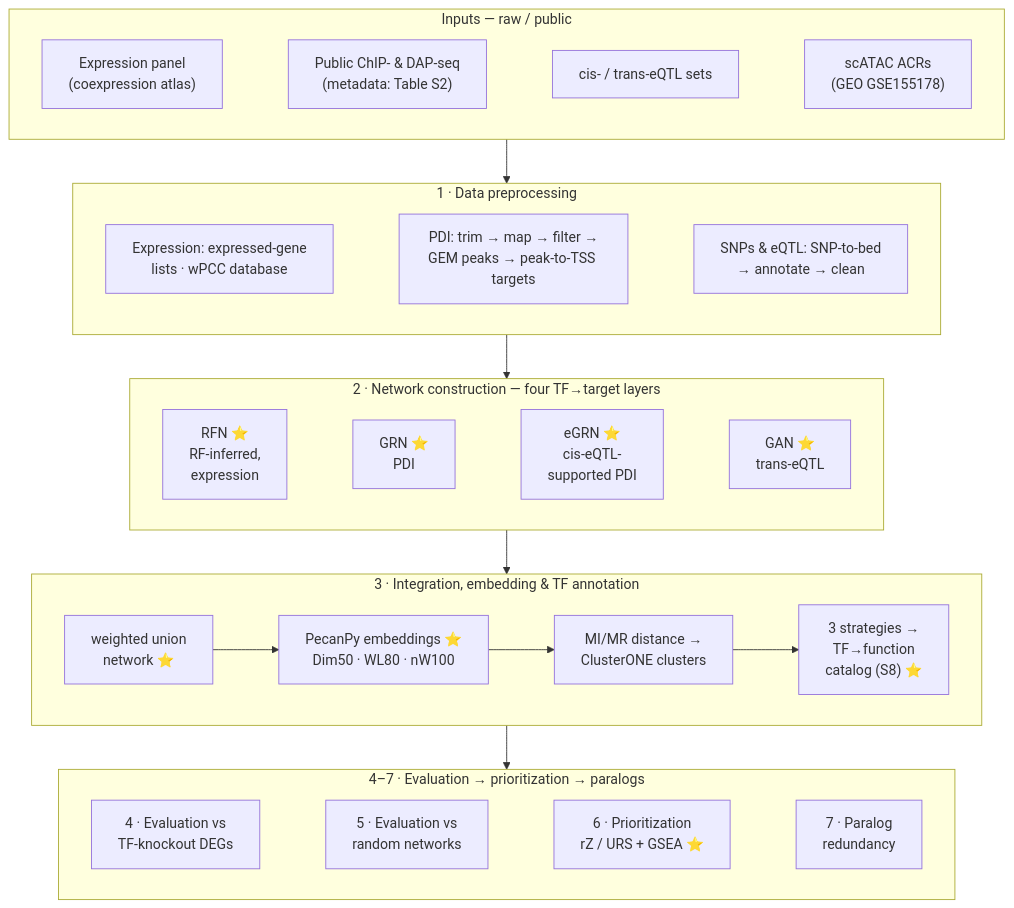
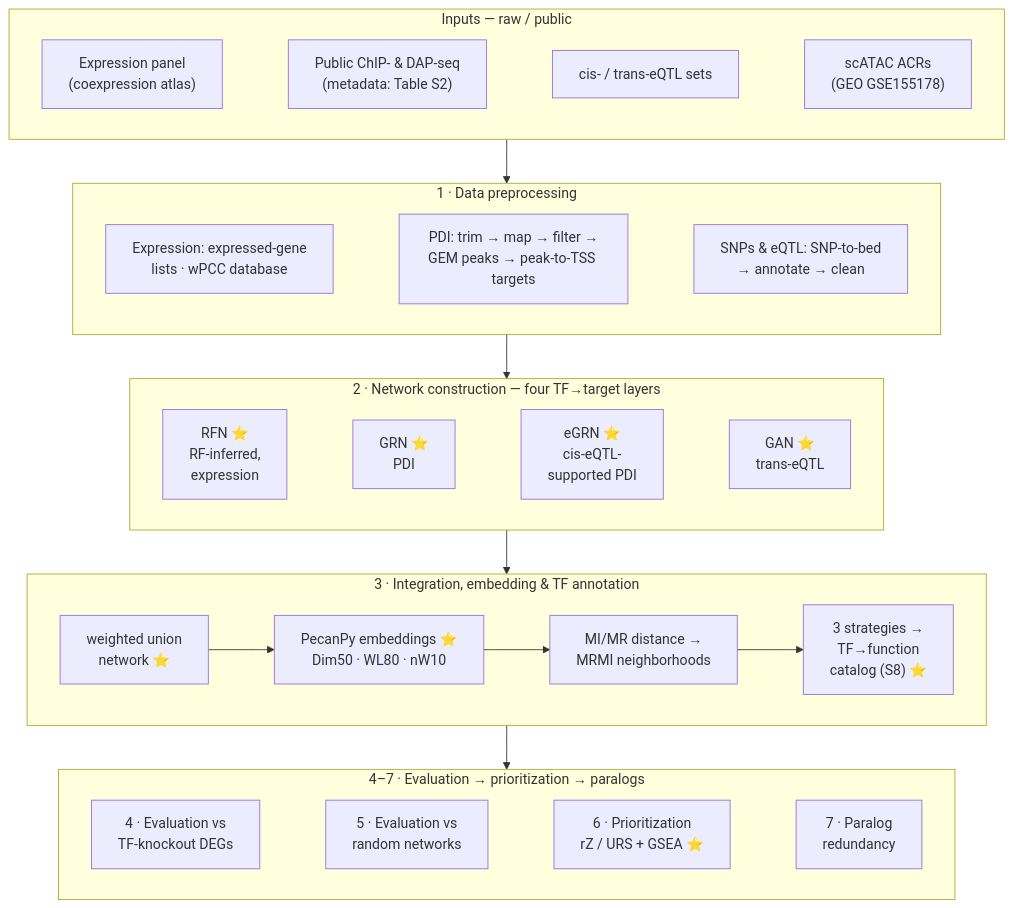
Before and after one commit to gomezcan/Multi-Omic_Network_Integration_Maize: the diagram in README.md, drawn with Mermaid. The commit also changed other lines of this file and 16 other files, not shown here.

First line of the commit message:
Add revision analyses (section 8); record the live data DOI; correct nW10 and ClusterONE

````diff
--- a/README.md
+++ b/README.md
@@ -17,29 +17,29 @@
 ```mermaid
 flowchart TD
     subgraph IN["Inputs — raw / public"]
         direction LR
         iEXP["Expression panel<br/>(coexpression atlas)"] ~~~ iPDI["Public ChIP- & DAP-seq<br/>(metadata: Table S2)"] ~~~ iQTL["cis- / trans-eQTL sets"] ~~~ iACR["scATAC ACRs<br/>(GEO GSE155178)"]
     end
 
     subgraph S1["1 · Data preprocessing"]
         direction LR
         p3["Expression: expressed-gene<br/>lists · wPCC database"] ~~~ p1["PDI: trim → map → filter →<br/>GEM peaks → peak-to-TSS targets"] ~~~ p2["SNPs & eQTL: SNP-to-bed<br/>→ annotate → clean"]
     end
 
     subgraph S2["2 · Network construction — four TF→target layers"]
         direction LR
         n1["RFN ⭐<br/>RF-inferred,<br/>expression"] ~~~ n2["GRN ⭐<br/>PDI"] ~~~ n3["eGRN ⭐<br/>cis-eQTL-<br/>supported PDI"] ~~~ n4["GAN ⭐<br/>trans-eQTL"]
     end
 
     subgraph S3["3 · Integration, embedding & TF annotation"]
         direction LR
-        i1["weighted union<br/>network ⭐"] --> i2["PecanPy embeddings ⭐<br/>Dim50 · WL80 · nW100"] --> i3["MI/MR distance →<br/>ClusterONE clusters"] --> i4["3 strategies →<br/>TF→function<br/>catalog (S8) ⭐"]
+        i1["weighted union<br/>network ⭐"] --> i2["PecanPy embeddings ⭐<br/>Dim50 · WL80 · nW10"] --> i3["MI/MR distance →<br/>MRMI neighborhoods"] --> i4["3 strategies →<br/>TF→function<br/>catalog (S8) ⭐"]
     end
 
     subgraph S4567["4–7 · Evaluation → prioritization → paralogs"]
         direction LR
         s4["4 · Evaluation vs<br/>TF-knockout DEGs"] ~~~ s5["5 · Evaluation vs<br/>random networks"] ~~~ s6["6 · Prioritization<br/>rZ / URS + GSEA ⭐"] ~~~ s7["7 · Paralog<br/>redundancy"]
     end
 
     IN --> S1 --> S2 --> S3 --> S4567
 ```
````
